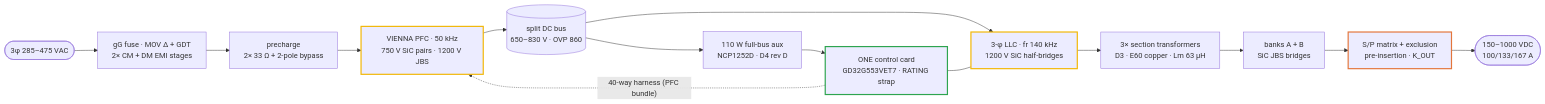
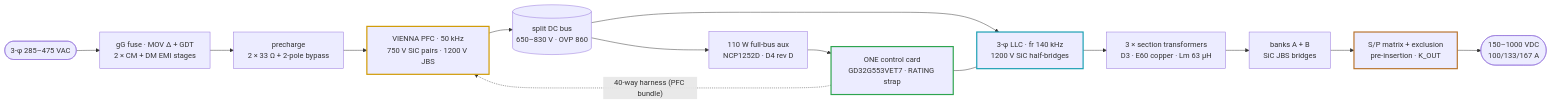
The first of 4 diagrams in docs/architecture.md (vectivolt/DC-Modules), drawn with Mermaid before and after one commit. The commit also changed other lines of this file and 98 other files, not shown here.

````diff
--- a/docs/architecture.md
+++ b/docs/architecture.md
@@ -15,20 +30,20 @@
 ```mermaid
 flowchart LR
-  AC(["3φ 285–475 VAC"]) --> EMI["gG fuse · MOV Δ + GDT<br/>2× CM + DM EMI stages"]
-  EMI --> PRE["precharge<br/>2× 33 Ω + 2-pole bypass"]
+  AC(["3-φ 285–475 VAC"]) --> EMI["gG fuse · MOV Δ + GDT<br/>2 × CM + DM EMI stages"]
+  EMI --> PRE["precharge<br/>2 × 33 Ω + 2-pole bypass"]
   PRE --> V["VIENNA PFC · 50 kHz<br/>750 V SiC pairs · 1200 V JBS"]
   V --> BUS[("split DC bus<br/>650–830 V · OVP 860")]
   BUS --> LLC["3-φ LLC · fr 140 kHz<br/>1200 V SiC half-bridges"]
-  LLC --> XF["3× section transformers<br/>D3 · E60 copper · Lm 63 µH"]
+  LLC --> XF["3 × section transformers<br/>D3 · E60 copper · Lm 63 µH"]
   XF --> BK["banks A + B<br/>SiC JBS bridges"]
   BK --> SP["S/P matrix + exclusion<br/>pre-insertion · K_OUT"]
   SP --> OUT(["150–1000 VDC<br/>100/133/167 A"])
   CARD["ONE control card<br/>GD32G553VET7 · RATING strap"] -. "40-way harness (PFC bundle)" .-> V
   CARD --- LLC
   AUX["110 W full-bus aux<br/>NCP1252D · D4 rev D"] --> CARD
   BUS --> AUX
-  style V stroke:#f2b705,stroke-width:2.5px
-  style LLC stroke:#f2b705,stroke-width:2.5px
-  style SP stroke:#e3763c,stroke-width:2.5px
+  style V stroke:#d19a00,stroke-width:2.5px
+  style LLC stroke:#1a9fb3,stroke-width:2.5px
+  style SP stroke:#b8732e,stroke-width:2.5px
   style CARD stroke:#2ea44f,stroke-width:2.5px
 ```
````
